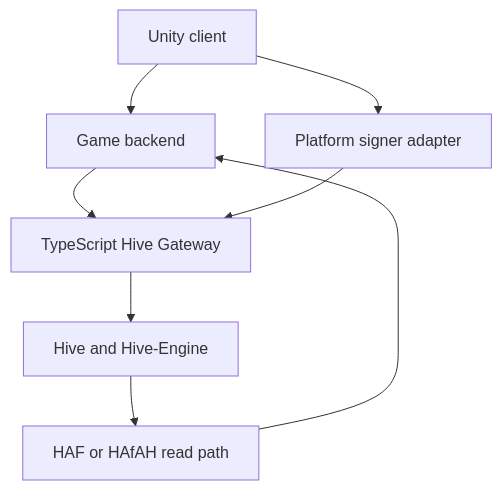
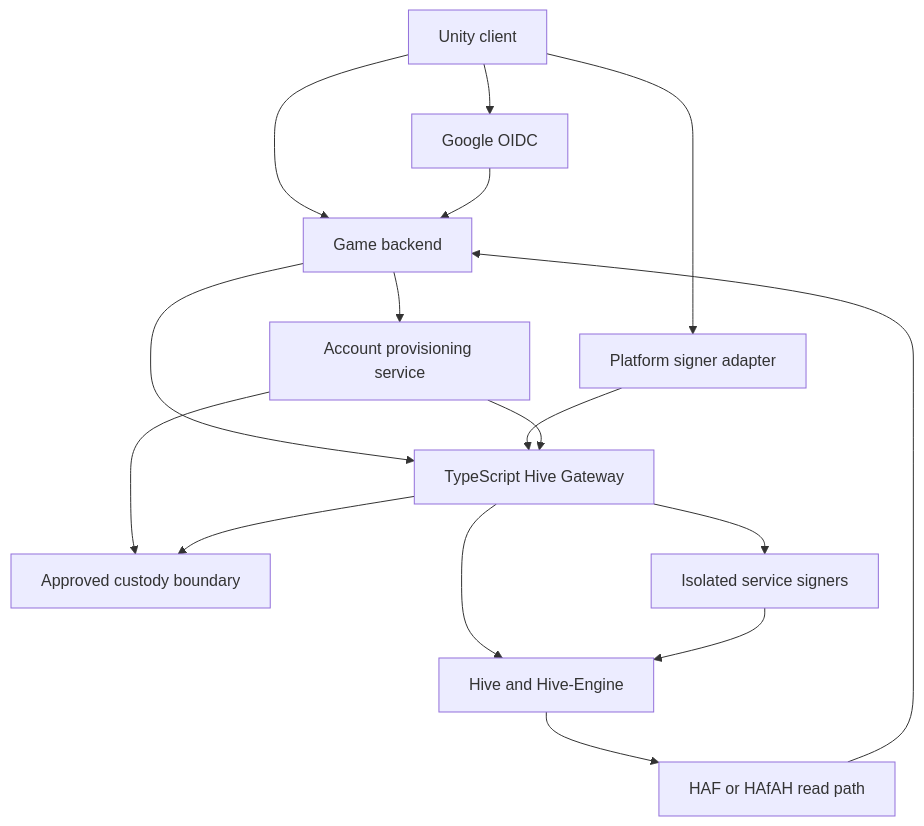
One commit to hdev-core/hive-chameleon changed the first of 5 diagrams in docs/technical-specification/Hive-Layer-Design.md. Above: the diagram before and after it, drawn with Mermaid. The commit also changed other lines of this file and 1 other file, not shown here.

````diff
--- a/docs/technical-specification/Hive-Layer-Design.md
+++ b/docs/technical-specification/Hive-Layer-Design.md
@@ -55,10 +63,18 @@
 ```mermaid
 flowchart TD
     A["Unity client"] --> B["Game backend"]
     A --> C["Platform signer adapter"]
+    A --> O["Google OIDC"]
+    O --> B
     B --> D["TypeScript Hive Gateway"]
     C --> D
+    B --> P["Account provisioning service"]
+    P --> K["Approved custody boundary"]
+    P --> D
+    D --> K
+    D --> G["Isolated service signers"]
     D --> E["Hive and Hive-Engine"]
+    G --> E
     E --> F["HAF or HAfAH read path"]
     F --> B
 ```
````
